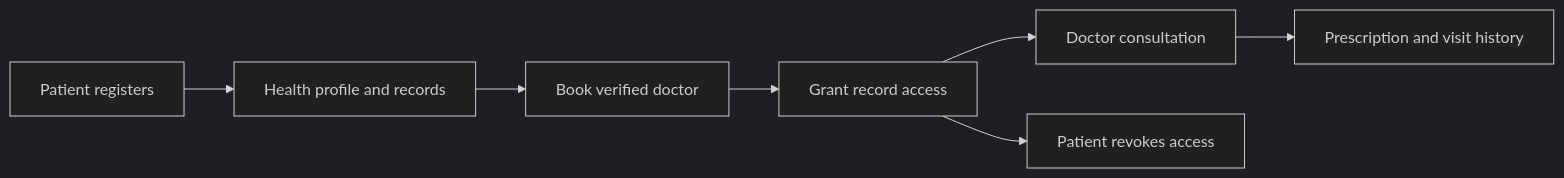
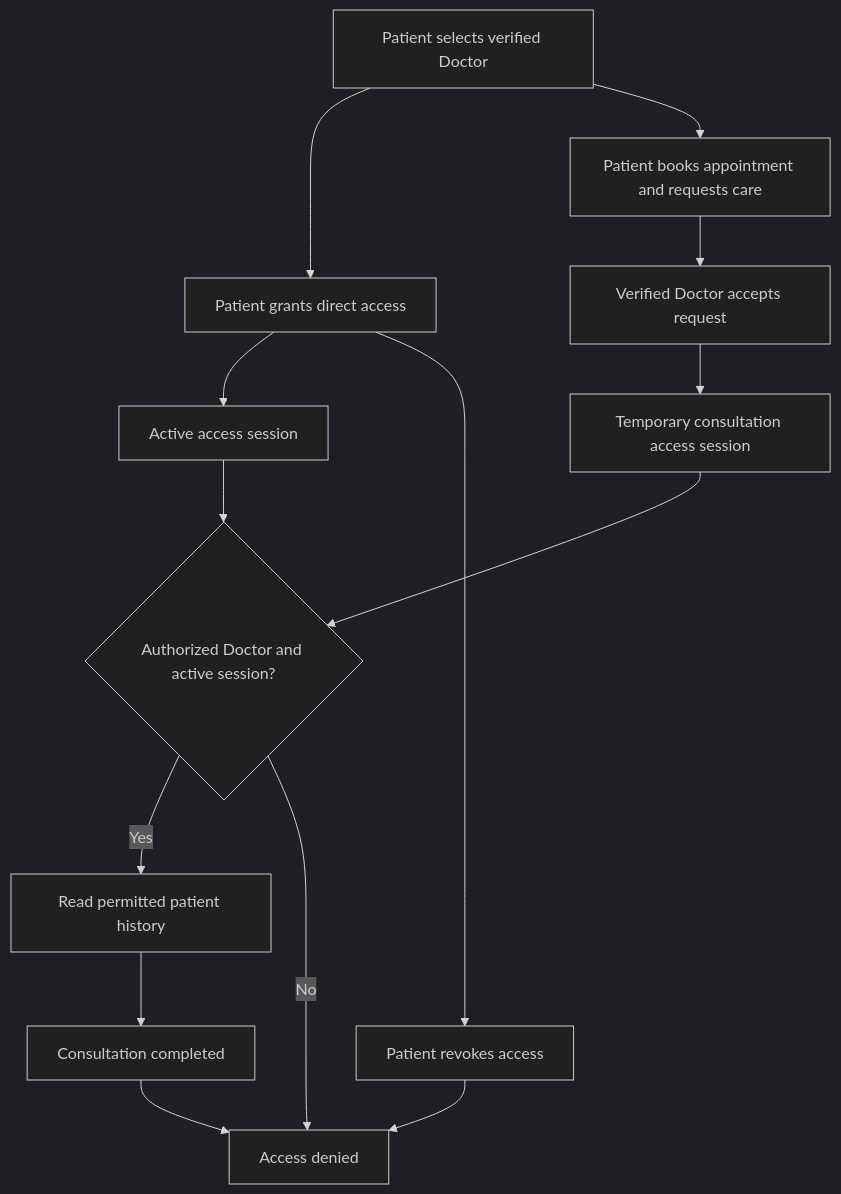
One commit to rdsne-08/Dr.250 changed the third of 5 diagrams in README.md. Above: the diagram before and after it, drawn with Mermaid (dark theme). The commit also changed other lines of this file and 13 other files, not shown here.

````diff
--- a/README.md
+++ b/README.md
@@ -123,9 +63,16 @@
 ```mermaid
-flowchart LR
-  Register[Patient registers] --> Profile[Health profile and records]
-  Profile --> Book[Book verified doctor]
-  Book --> Grant[Grant record access]
-  Grant --> Visit[Doctor consultation]
-  Visit --> Rx[Prescription and visit history]
-  Grant --> Revoke[Patient revokes access]
+flowchart TD
+    P[Patient selects verified Doctor] --> G[Patient grants direct access]
+    G --> S[Active access session]
+    P --> B[Patient books appointment and requests care]
+    B --> A[Verified Doctor accepts request]
+    A --> T[Temporary consultation access session]
+    S --> C{Authorized Doctor and active session?}
+    T --> C
+    C -->|Yes| H[Read permitted patient history]
+    C -->|No| X[Access denied]
+    G --> R[Patient revokes access]
+    R --> X
+    H --> V[Consultation completed]
+    V --> X
 ```
````
